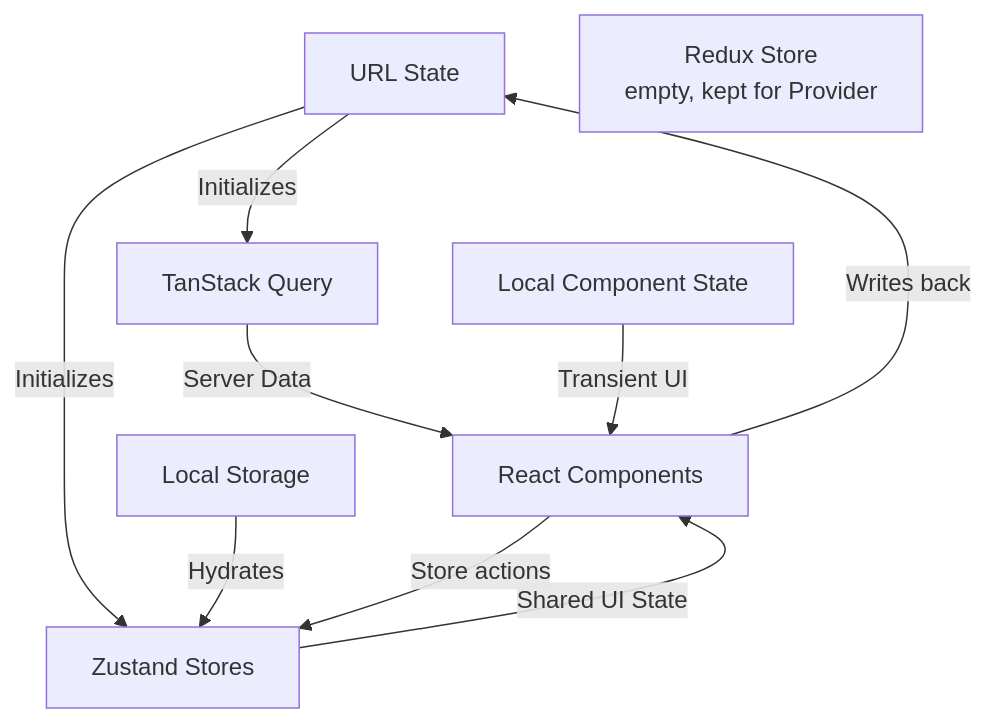
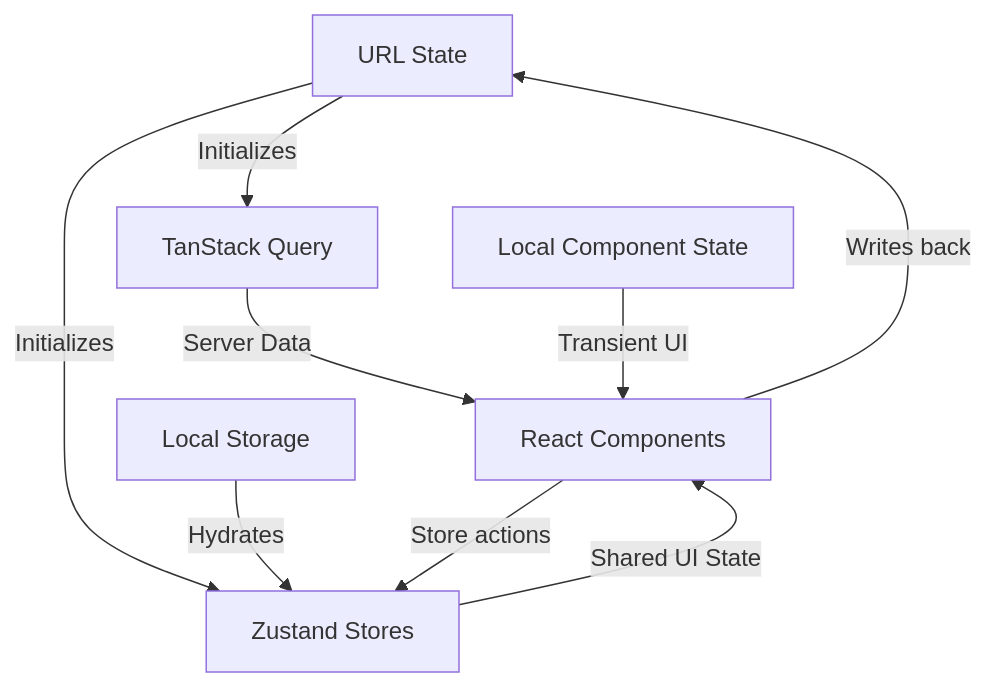
One commit to jaegertracing/jaeger-ui changed the diagram in docs/adr/0005-current-state-management-architecture.md. Above: the diagram before and after it, drawn with Mermaid. The commit also changed other lines of this file and 23 other files, not shown here.

````diff
--- a/docs/adr/0005-current-state-management-architecture.md
+++ b/docs/adr/0005-current-state-management-architecture.md
@@ -28,12 +28,11 @@
 ```mermaid
 graph TD
     A[URL State] -->|Initializes| C[TanStack Query]
     A -->|Initializes| Z[Zustand Stores]
     D[Local Storage] -->|Hydrates| Z
     C -->|Server Data| E[React Components]
     Z -->|Shared UI State| E
     F[Local Component State] -->|Transient UI| E
-    B[Redux Store<br/>empty, kept for Provider]
     E -->|Writes back| A
     E -->|Store actions| Z
 ```
````
